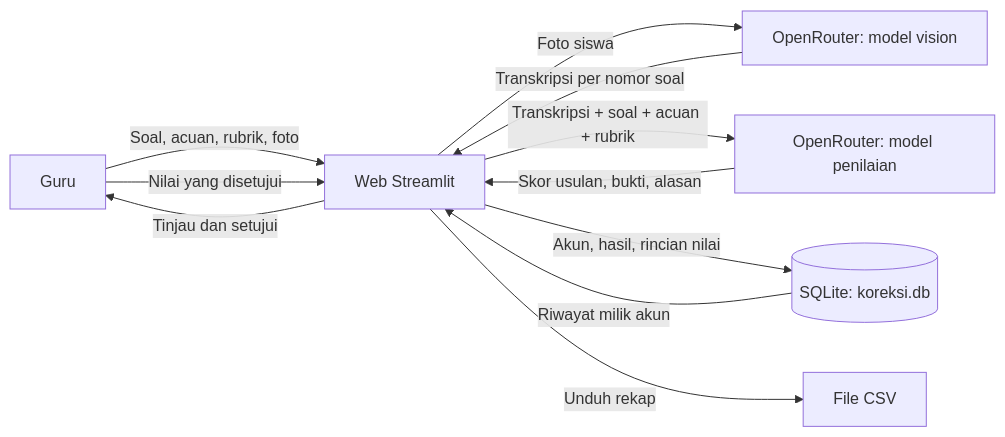
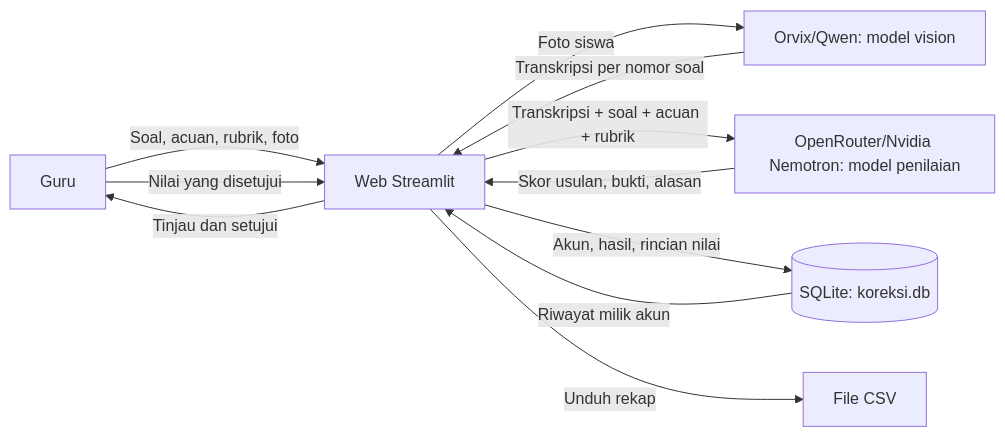
The diagram in README.md (ygoliberon/logicodix2026-asistenkoreksiuraian), drawn with Mermaid before and after one commit. The commit also changed other lines of this file, not shown here.

````diff
--- a/README.md
+++ b/README.md
@@ -52,13 +52,13 @@
 ```mermaid
 flowchart LR
     G[Guru] -->|Soal, acuan, rubrik, foto| W[Web Streamlit]
-    W -->|Foto siswa| V[OpenRouter: model vision]
+    W -->|Foto siswa| V[Orvix/Qwen: model vision]
     V -->|Transkripsi per nomor soal| W
-    W -->|Transkripsi + soal + acuan + rubrik| L[OpenRouter: model penilaian]
+    W -->|Transkripsi + soal + acuan + rubrik| L[OpenRouter/Nvidia Nemotron: model penilaian]
     L -->|Skor usulan, bukti, alasan| W
     W -->|Tinjau dan setujui| G
     G -->|Nilai yang disetujui| W
     W -->|Akun, hasil, rincian nilai| D[(SQLite: koreksi.db)]
     D -->|Riwayat milik akun| W
     W -->|Unduh rekap| C[File CSV]
 ```
````
